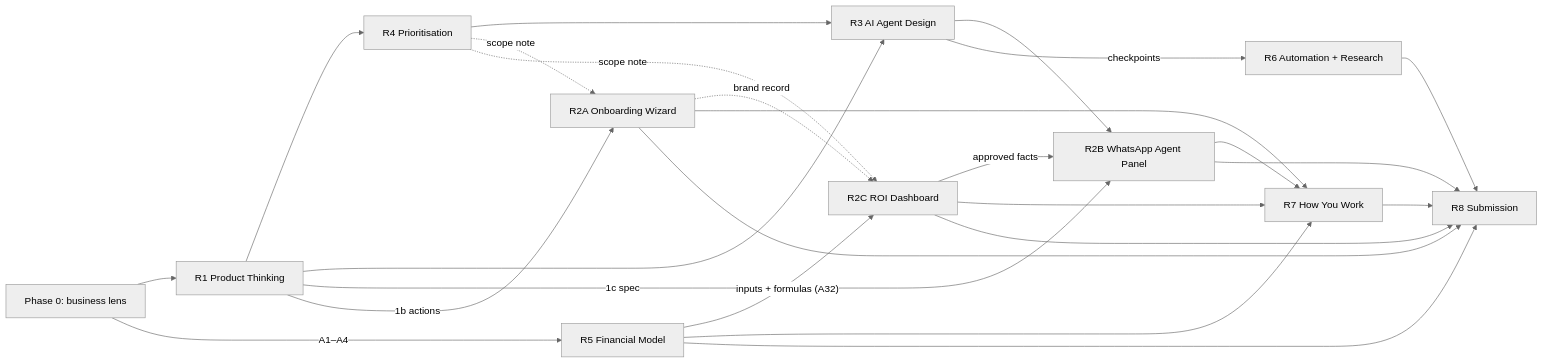
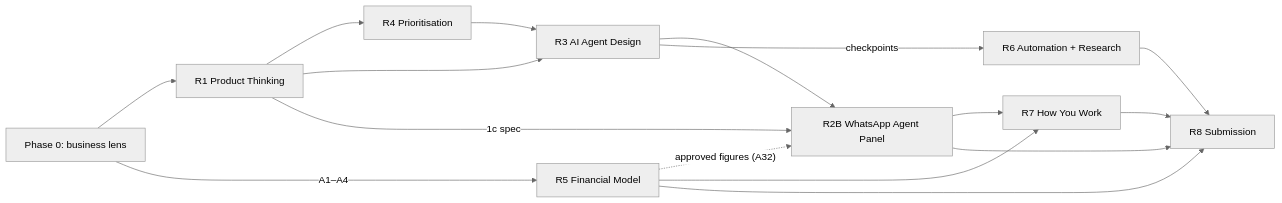
The diagram in docs/requirements/README.md (bhawnamanglapm/Franchise-in-a-Box-OS), drawn with Mermaid (neutral theme) before and after one commit. The commit also changed other lines of this file and 37 other files, not shown here.

First line of the commit message:
Task 2 is Option B only: revise D-10 and update docs and diagrams

````diff
--- a/docs/requirements/README.md
+++ b/docs/requirements/README.md
@@ -33,27 +33,18 @@
 ```mermaid
 flowchart LR
   P0["Phase 0: business lens"] --> R1
   R1["R1 Product Thinking"] --> R4["R4 Prioritisation"]
   R1 --> R3["R3 AI Agent Design"]
   R4 --> R3
   R3 --> R2B["R2B WhatsApp Agent Panel"]
   R1 -- "1c spec" --> R2B
   P0 -- "A1–A4" --> R5["R5 Financial Model"]
-  R5 -- "inputs + formulas (A32)" --> R2C["R2C ROI Dashboard"]
-  R2C -- "approved facts" --> R2B
-  R1 -- "1b actions" --> R2A["R2A Onboarding Wizard"]
-  R2A -. "brand record" .-> R2C
-  R4 -. "scope note" .-> R2A
-  R4 -. "scope note" .-> R2C
+  R5 -. "approved figures (A32)" .-> R2B
   R3 -- "checkpoints" --> R6["R6 Automation + Research"]
-  R2A --> R7["R7 How You Work"]
-  R2B --> R7
-  R2C --> R7
+  R2B --> R7["R7 How You Work"]
   R5 --> R7
   R7 --> R8["R8 Submission"]
   R5 --> R8
   R6 --> R8
-  R2A --> R8
   R2B --> R8
-  R2C --> R8
 ```
````
